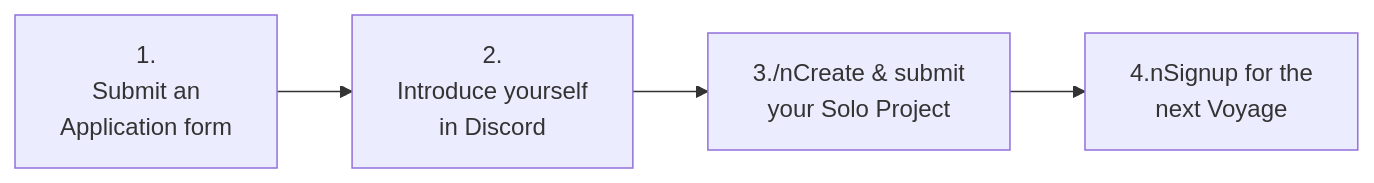
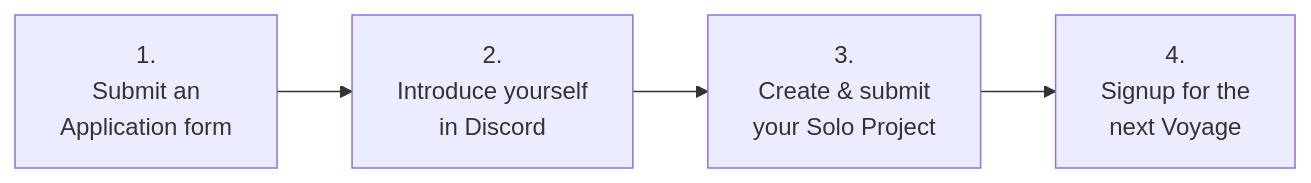
Before and after one commit to chingu-voyages/Handbook: the diagram in docs/gettingstarted/whattodofirst.md, drawn with Mermaid.

Commit message:
Fix: Correct syntax error in getting started diagram

````diff
--- a/docs/gettingstarted/whattodofirst.md
+++ b/docs/gettingstarted/whattodofirst.md
@@ -5,6 +5,6 @@
 ```mermaid
 graph LR
     A[1.\nSubmit an\nApplication form] --> B[2.\nIntroduce yourself\nin Discord]
-    B --> C[3./nCreate & submit\nyour Solo Project]
-    C --> D[4.nSignup for the\nnext Voyage]
+    B --> C[3.\nCreate & submit\nyour Solo Project]
+    C --> D[4.\nSignup for the\nnext Voyage]
 ```
````
